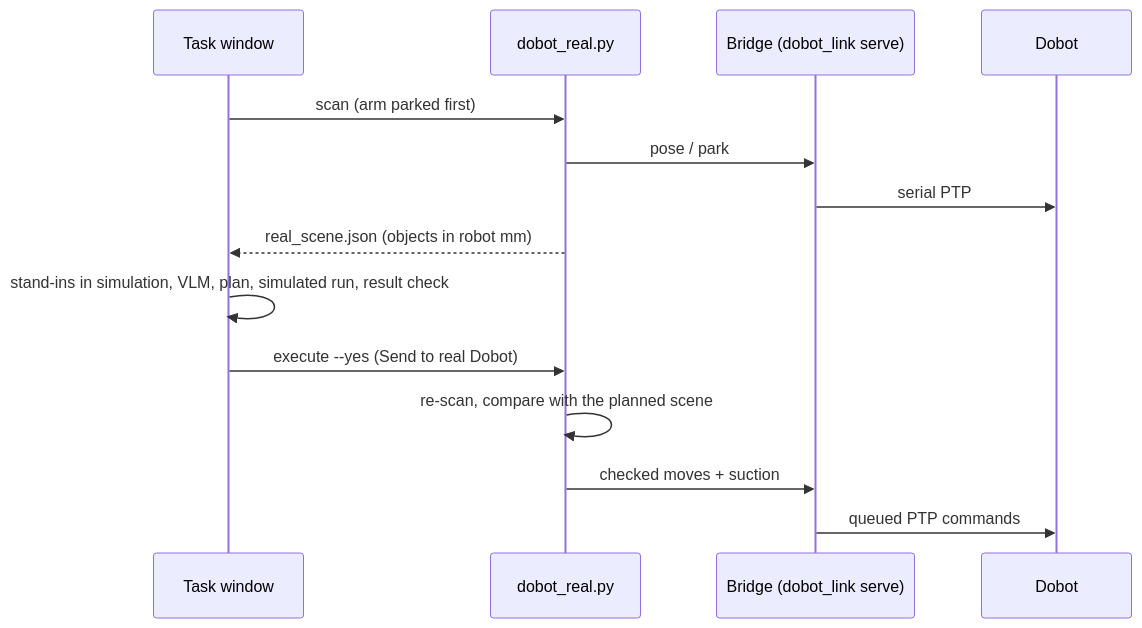
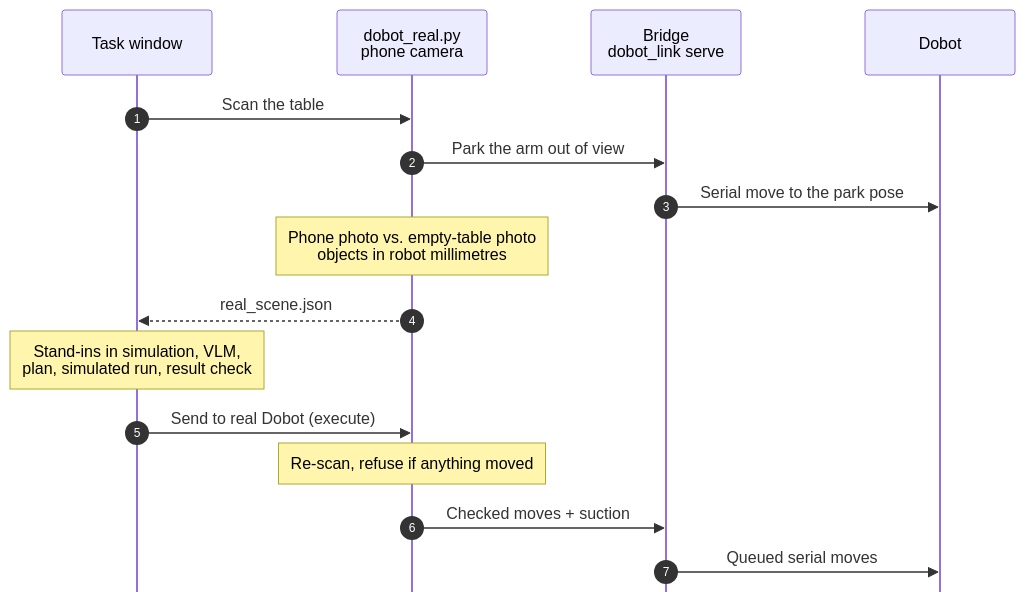
Before and after one commit to Fe3w/dobot-vlm-vla-pick-place: the diagram in docs/ARCHITECTURE.md, drawn with Mermaid. The commit also changed 1 other file, not shown here.

````diff
--- a/docs/ARCHITECTURE.md
+++ b/docs/ARCHITECTURE.md
@@ -38,16 +38,20 @@
 ```mermaid
+%%{init: {"sequence": {"mirrorActors": false, "messageMargin": 40, "noteMargin": 12}}}%%
 sequenceDiagram
+    autonumber
     participant W as Task window
-    participant R as dobot_real.py
-    participant B as Bridge (dobot_link serve)
+    participant R as dobot_real.py<br/>phone camera
+    participant B as Bridge<br/>dobot_link serve
     participant D as Dobot
-    W->>R: scan (arm parked first)
-    R->>B: pose / park
-    B->>D: serial PTP
-    R-->>W: real_scene.json (objects in robot mm)
-    W->>W: stand-ins in simulation, VLM, plan, simulated run, result check
-    W->>R: execute --yes (Send to real Dobot)
-    R->>R: re-scan, compare with the planned scene
-    R->>B: checked moves + suction
-    B->>D: queued PTP commands
+
+    W->>R: Scan the table
+    R->>B: Park the arm out of view
+    B->>D: Serial move to the park pose
+    Note over R: Phone photo vs. empty-table photo<br/>objects in robot millimetres
+    R-->>W: real_scene.json
+    Note over W: Stand-ins in simulation, VLM,<br/>plan, simulated run, result check
+    W->>R: Send to real Dobot (execute)
+    Note over R: Re-scan, refuse if anything moved
+    R->>B: Checked moves + suction
+    B->>D: Queued serial moves
 ```
````
